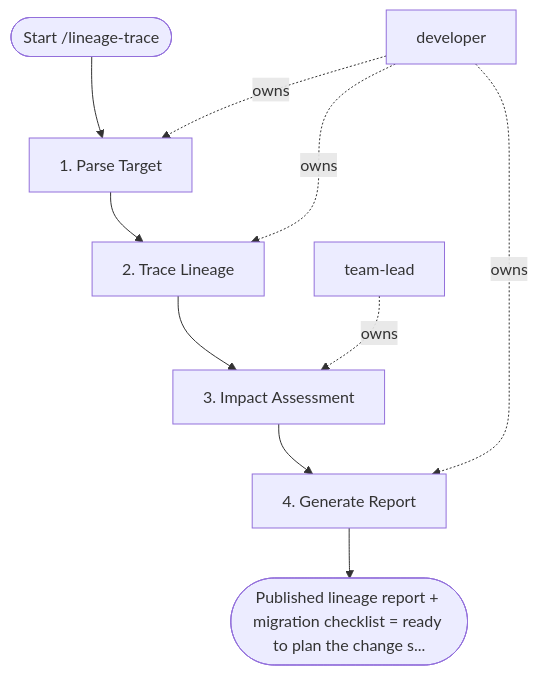
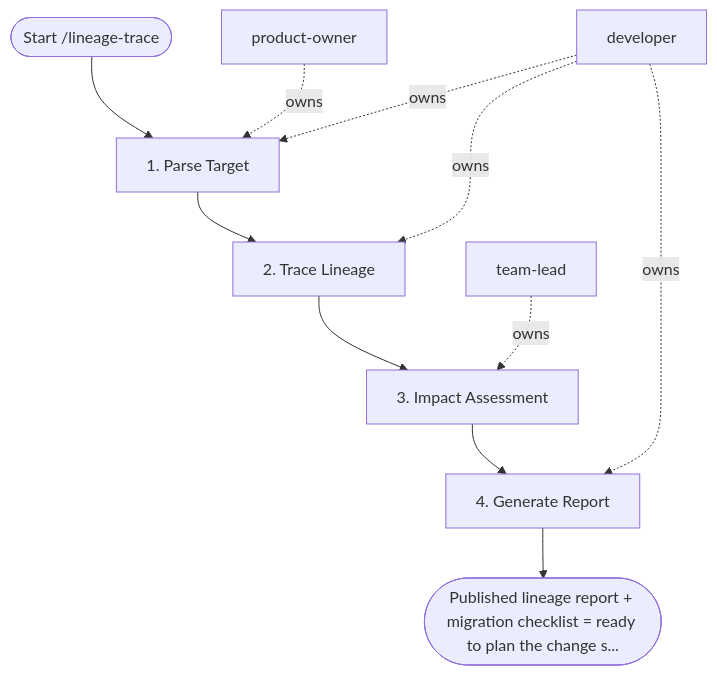
Before and after one commit to sawrus/agent-guides: the diagram in areas/software/data-engineering/workflows/lineage-trace.md, drawn with Mermaid. The commit also changed other lines of this file and 76 other files, not shown here.

Commit message:
Standardize workflow product owner initiation

````diff
--- a/areas/software/data-engineering/workflows/lineage-trace.md
+++ b/areas/software/data-engineering/workflows/lineage-trace.md
@@ -58,20 +58,22 @@
 ```mermaid
 flowchart TD
   start(["Start /lineage-trace"])
-  role_1["developer"]
-  role_2["team-lead"]
+  role_1["product-owner"]
+  role_2["developer"]
+  role_3["team-lead"]
   step_1["1. Parse Target"]
   step_2["2. Trace Lineage"]
   step_3["3. Impact Assessment"]
   step_4["4. Generate Report"]
   exit(["Published lineage report + migration checklist = ready to plan the change s..."])
   start --> step_1
   step_1 --> step_2
   step_2 --> step_3
   step_3 --> step_4
   step_4 --> exit
   role_1 -. owns .-> step_1
-  role_1 -. owns .-> step_2
-  role_2 -. owns .-> step_3
-  role_1 -. owns .-> step_4
+  role_2 -. owns .-> step_1
+  role_2 -. owns .-> step_2
+  role_3 -. owns .-> step_3
+  role_2 -. owns .-> step_4
 ```
````
